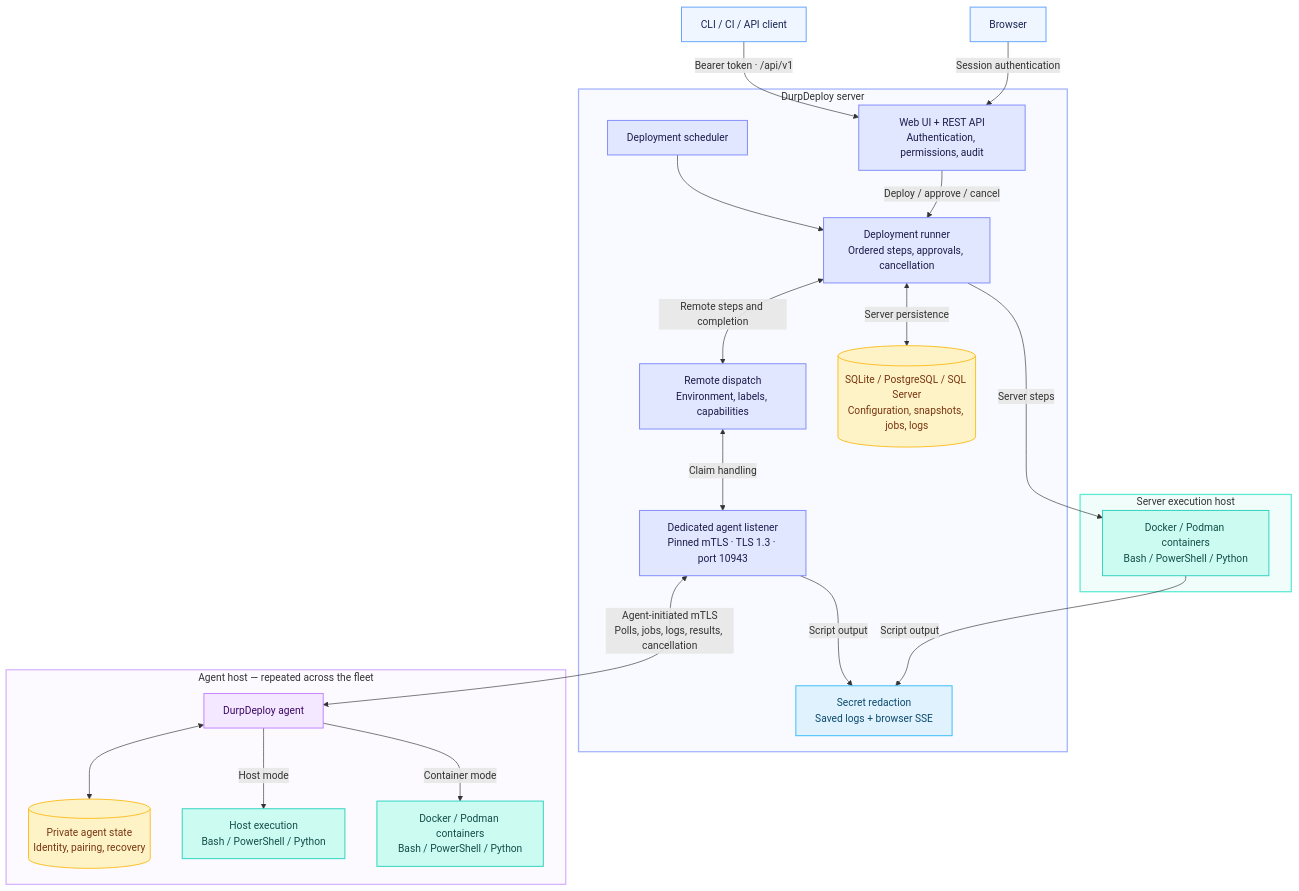
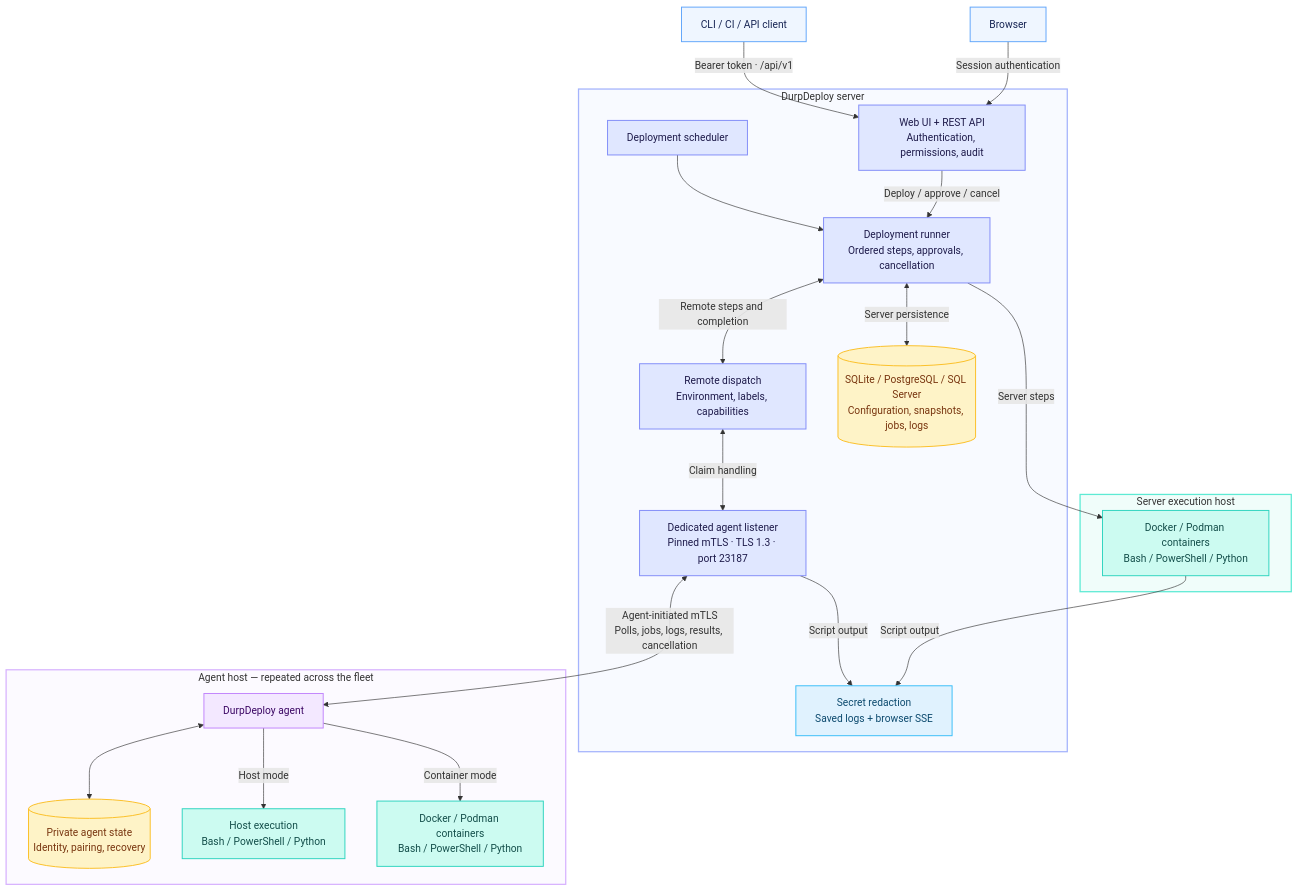
Before and after one commit to DeveloperDurp/DurpDeploy: the diagram in docs/diagrams/durpdeploy-architecture.mmd, drawn with Mermaid. The commit also changed 25 other files, not shown here.

First line of the commit message:
Change default agent communication port to 23187 (#208)

```diff
--- a/docs/diagrams/durpdeploy-architecture.mmd
+++ b/docs/diagrams/durpdeploy-architecture.mmd
@@ -1,57 +1,57 @@
 flowchart TB
     Browser["Browser"]
     Client["CLI / CI / API client"]
 
     subgraph Server["DurpDeploy server"]
         Web["Web UI + REST API<br/>Authentication, permissions, audit"]
         Scheduler["Deployment scheduler"]
         Runner["Deployment runner<br/>Ordered steps, approvals, cancellation"]
         Queue["Remote dispatch<br/>Environment, labels, capabilities"]
-        AgentAPI["Dedicated agent listener<br/>Pinned mTLS · TLS 1.3 · port 10943"]
+        AgentAPI["Dedicated agent listener<br/>Pinned mTLS · TLS 1.3 · port 23187"]
         Logs["Secret redaction<br/>Saved logs + browser SSE"]
         DB[("SQLite / PostgreSQL / SQL Server<br/>Configuration, snapshots, jobs, logs")]
     end
 
     subgraph ServerExecution["Server execution host"]
         Local["Docker / Podman containers<br/>Bash / PowerShell / Python"]
     end
 
     subgraph Remote["Agent host — repeated across the fleet"]
         Agent["DurpDeploy agent"]
         State[("Private agent state<br/>Identity, pairing, recovery")]
         HostScripts["Host execution<br/>Bash / PowerShell / Python"]
         Containers["Docker / Podman containers<br/>Bash / PowerShell / Python"]
     end
 
     Browser -->|"Session authentication"| Web
     Client -->|"Bearer token · /api/v1"| Web
     Web -->|"Deploy / approve / cancel"| Runner
     Scheduler --> Runner
     Runner <-->|"Server persistence"| DB
 
     Runner -->|"Server steps"| Local
     Local -->|"Script output"| Logs
     Runner <-->|"Remote steps and completion"| Queue
     Queue <-->|"Claim handling"| AgentAPI
 
     AgentAPI <-->|"Agent-initiated mTLS<br/>Polls, jobs, logs, results, cancellation"| Agent
     AgentAPI -->|"Script output"| Logs
     Agent <--> State
     Agent -->|"Host mode"| HostScripts
     Agent -->|"Container mode"| Containers
 
     classDef client fill:#eff6ff,stroke:#60a5fa,color:#172554,stroke-width:1.5px
     classDef control fill:#e0e7ff,stroke:#818cf8,color:#1e1b4b,stroke-width:1.5px
     classDef agent fill:#f3e8ff,stroke:#c084fc,color:#3b0764,stroke-width:1.5px
     classDef execution fill:#ccfbf1,stroke:#2dd4bf,color:#134e4a,stroke-width:1.5px
     classDef storage fill:#fef3c7,stroke:#fbbf24,color:#78350f,stroke-width:1.5px
     classDef logging fill:#e0f2fe,stroke:#38bdf8,color:#0c4a6e,stroke-width:1.5px
     class Browser,Client client
     class Web,Scheduler,Runner,Queue,AgentAPI control
     class Agent agent
     class Local,HostScripts,Containers execution
     class DB,State storage
     class Logs logging
     style Server fill:#f8faff,stroke:#a5b4fc,stroke-width:2px
     style ServerExecution fill:#f0fdfa,stroke:#5eead4,stroke-width:2px
     style Remote fill:#fcfaff,stroke:#d8b4fe,stroke-width:2px
```
